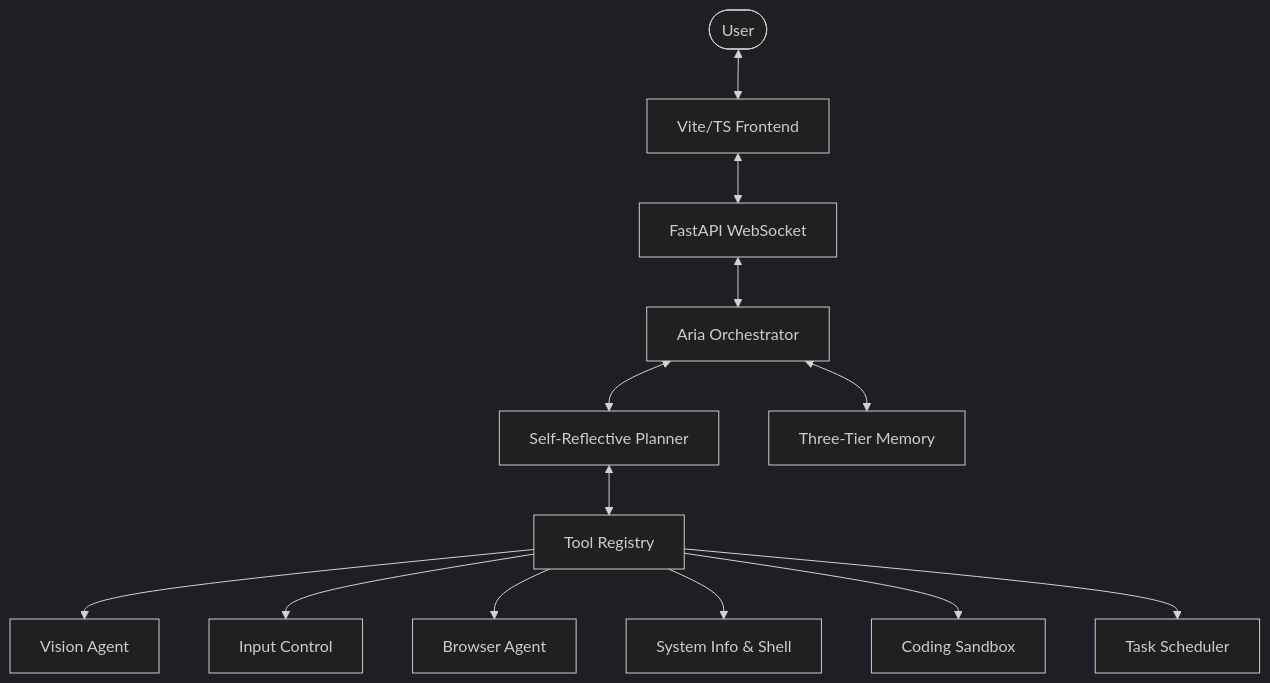
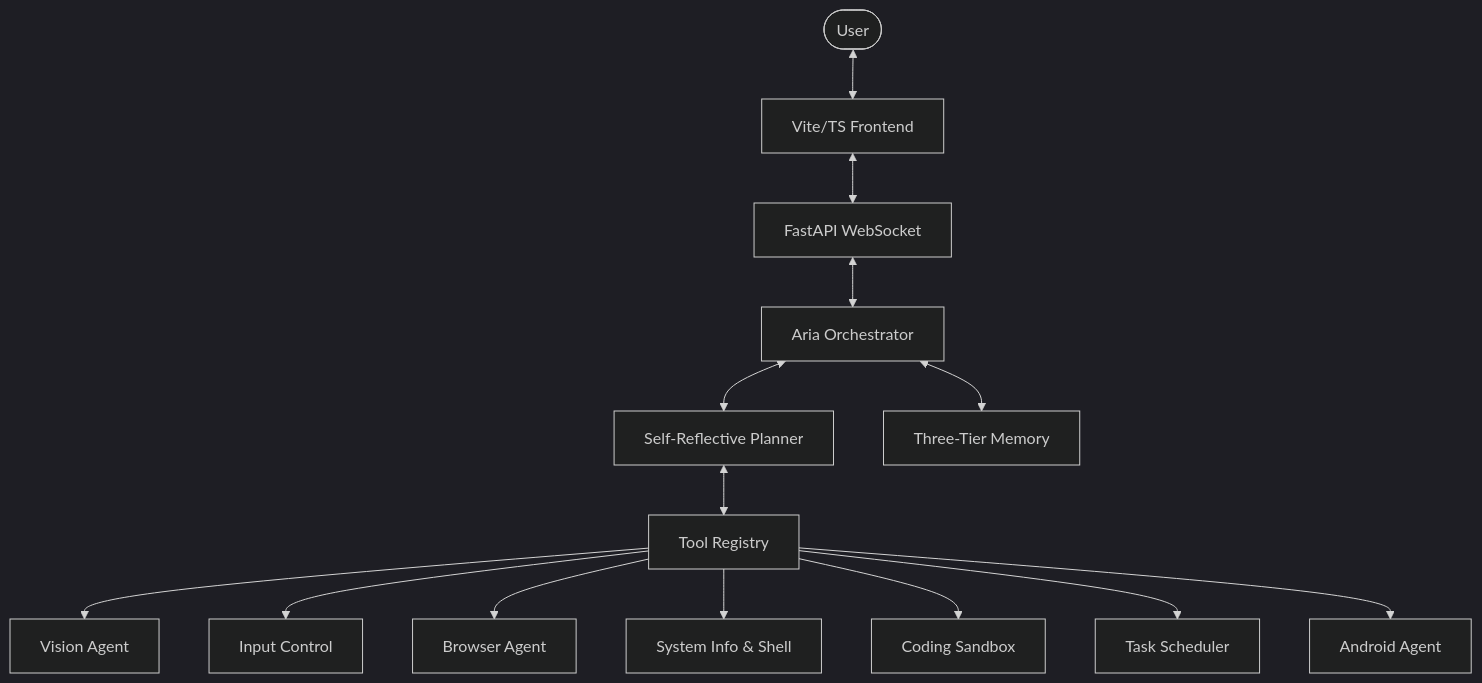
One commit to yashab-cyber/aria changed the diagram in README.md. Above: the diagram before and after it, drawn with Mermaid (dark theme). The commit also changed other lines of this file and 1 other file, not shown here.

Commit message:
feat: add documentation and project details for the new ARIA Android Agent automation service

````diff
--- a/README.md
+++ b/README.md
@@ -55,18 +60,19 @@
 ```mermaid
 graph TD
     User([User]) <--> UI[Vite/TS Frontend]
     UI <--> WS[FastAPI WebSocket]
     WS <--> Orch[Aria Orchestrator]
     
     Orch <--> Planner[Self-Reflective Planner]
     Orch <--> Memory[Three-Tier Memory]
     
     Planner <--> TR[Tool Registry]
     
     TR --> V[Vision Agent]
     TR --> I[Input Control]
     TR --> B[Browser Agent]
     TR --> S[System Info & Shell]
     TR --> C[Coding Sandbox]
     TR --> T[Task Scheduler]
+    TR --> A[Android Agent]
 ```
````
